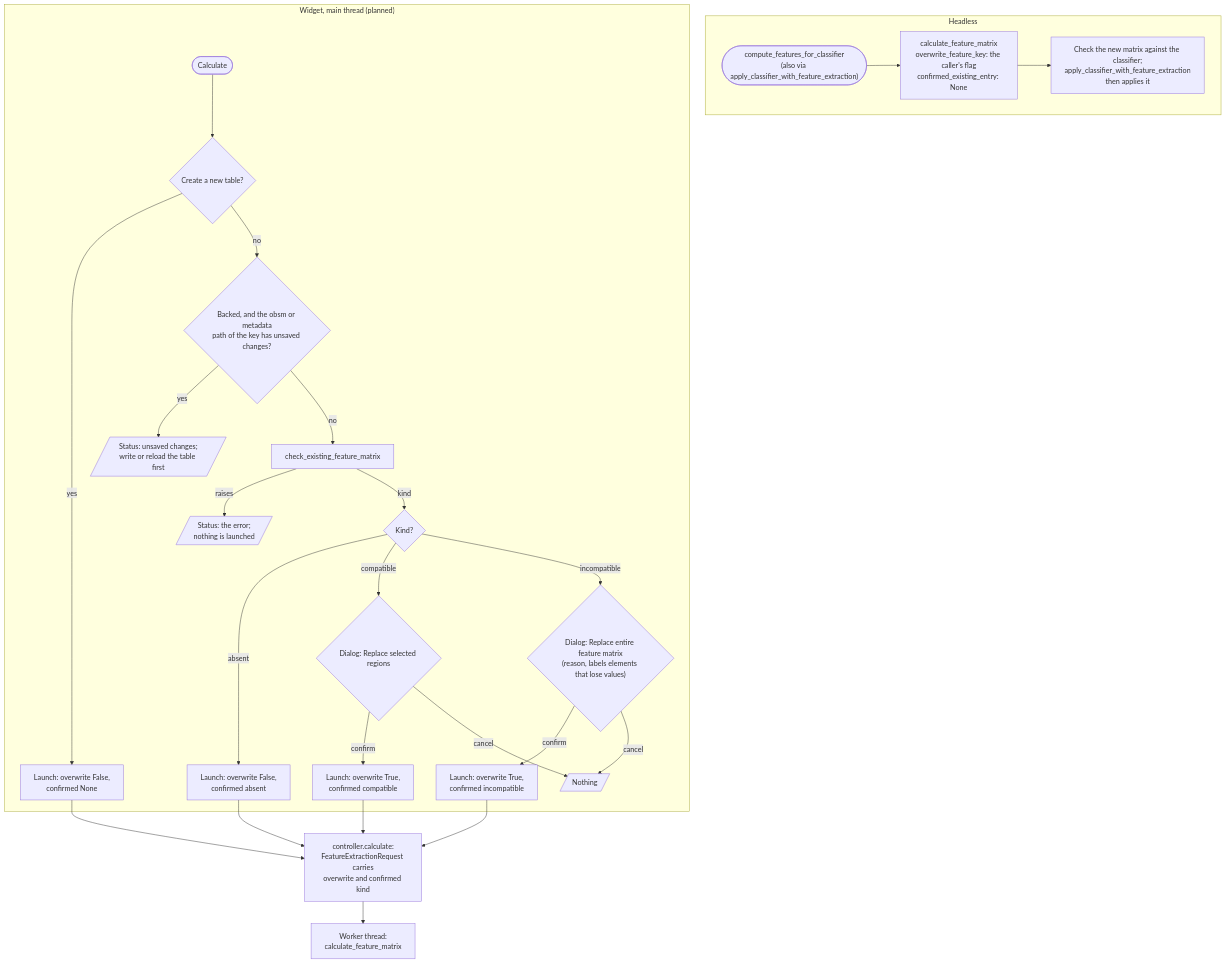
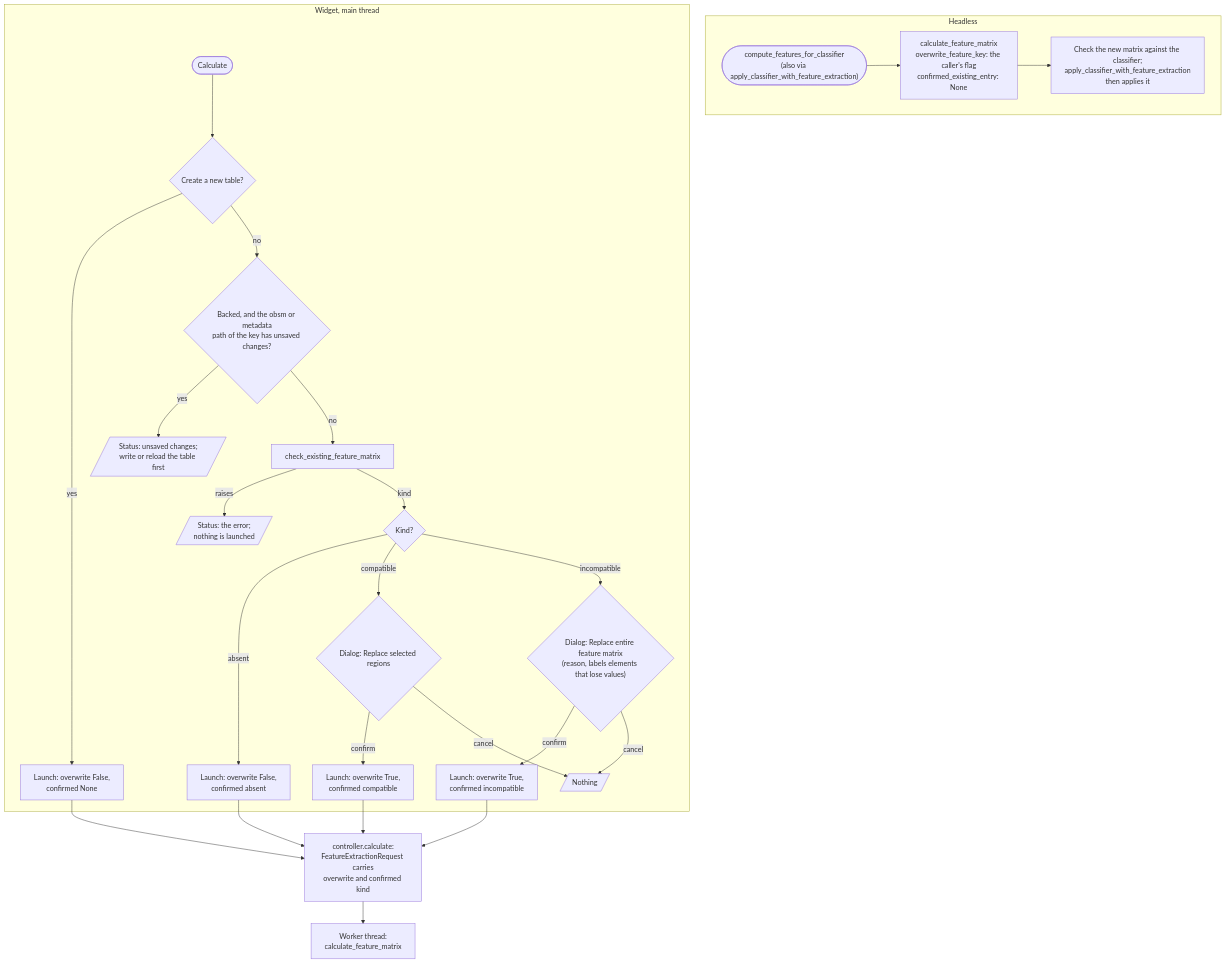
The first of 4 diagrams in docs/development/feature_extraction.md (vibspatial/spatiato), drawn with Mermaid before and after one commit. The commit also changed other lines of this file, not shown here.

````diff
--- a/docs/development/feature_extraction.md
+++ b/docs/development/feature_extraction.md
@@ -49,25 +55,25 @@
 ```mermaid
 flowchart TD
     subgraph headless["Headless"]
         h_entry(["compute_features_for_classifier<br/>(also via apply_classifier_with_feature_extraction)"]) --> h_core["calculate_feature_matrix<br/>overwrite_feature_key: the caller's flag<br/>confirmed_existing_entry: None"]
         h_core --> h_bundle["Check the new matrix against the classifier;<br/>apply_classifier_with_feature_extraction<br/>then applies it"]
     end
-    subgraph widget["Widget, main thread (planned)"]
+    subgraph widget["Widget, main thread"]
         w_click(["Calculate"]) --> w_create{"Create a new table?"}
         w_create -- yes --> w_launch_new["Launch: overwrite False,<br/>confirmed None"]
         w_create -- no --> w_dirty{"Backed, and the obsm or metadata<br/>path of the key has unsaved changes?"}
         w_dirty -- yes --> w_block[/"Status: unsaved changes;<br/>write or reload the table first"/]
         w_dirty -- no --> w_check["check_existing_feature_matrix"]
         w_check -- raises --> w_error[/"Status: the error;<br/>nothing is launched"/]
         w_check -- kind --> w_kind{"Kind?"}
         w_kind -- absent --> w_launch_absent["Launch: overwrite False,<br/>confirmed absent"]
         w_kind -- compatible --> w_dialog_c{"Dialog: Replace selected regions"}
         w_kind -- incompatible --> w_dialog_i{"Dialog: Replace entire feature matrix<br/>(reason, labels elements that lose values)"}
         w_dialog_c -- confirm --> w_launch_c["Launch: overwrite True,<br/>confirmed compatible"]
         w_dialog_i -- confirm --> w_launch_i["Launch: overwrite True,<br/>confirmed incompatible"]
         w_dialog_c -- cancel --> w_cancel[/"Nothing"/]
         w_dialog_i -- cancel --> w_cancel
     end
     w_launch_new & w_launch_absent & w_launch_c & w_launch_i --> w_request["controller.calculate:<br/>FeatureExtractionRequest carries<br/>overwrite and confirmed kind"]
     w_request --> w_worker["Worker thread:<br/>calculate_feature_matrix"]
 ```
````
